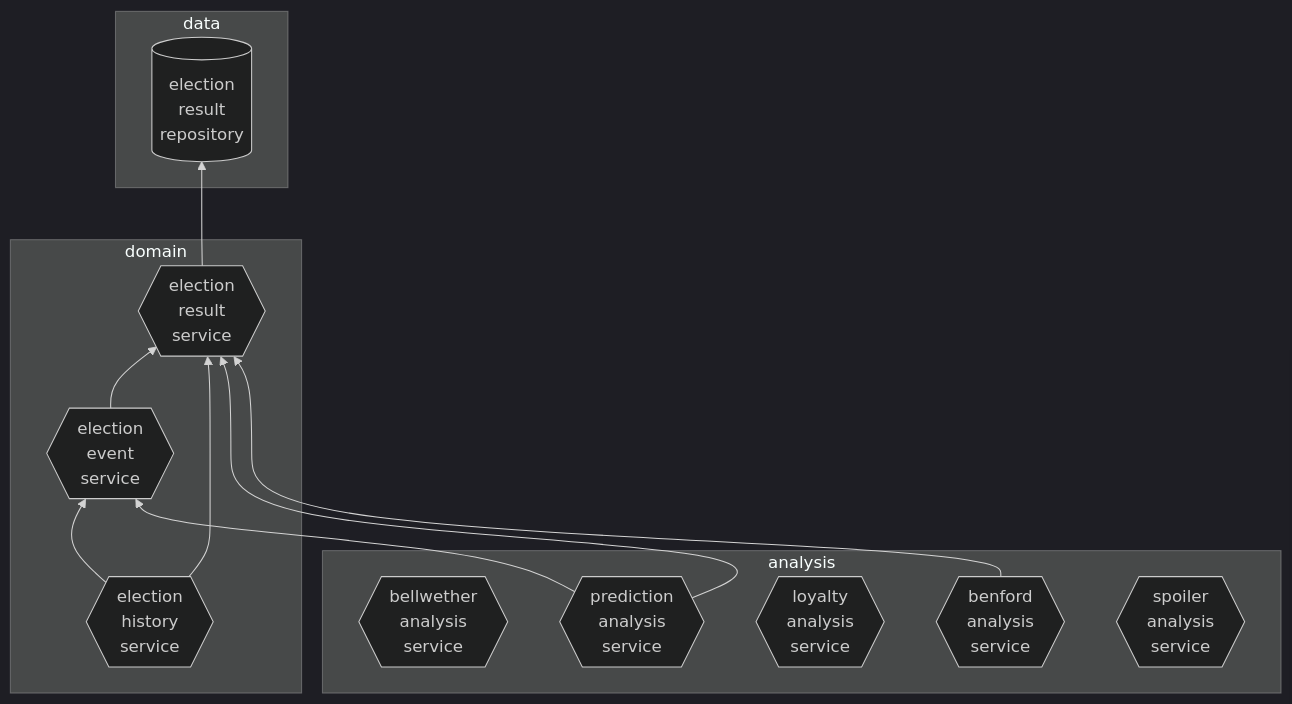
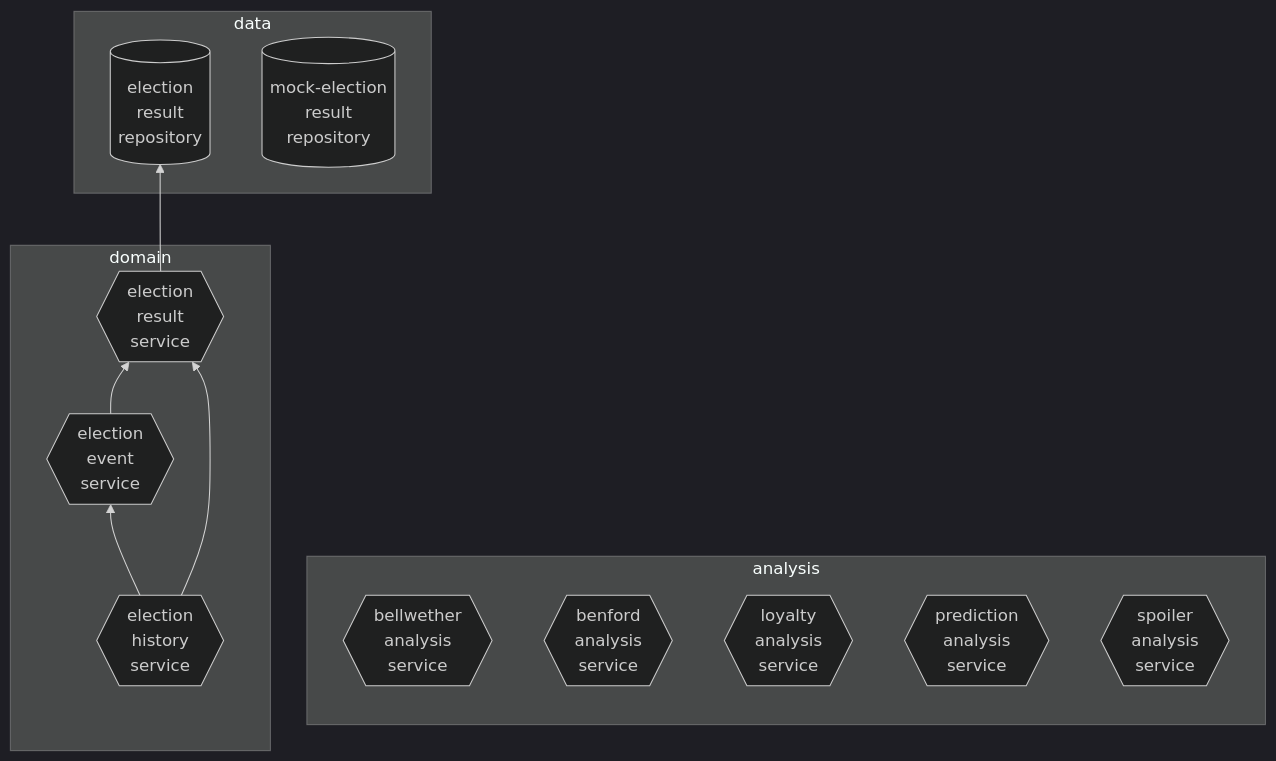
The diagram in docs/arch/input/flow_chart.mmd (DrewStern/election-analysis), drawn with Mermaid (dark theme) before and after one commit. The commit also changed 2 other files, not shown here.

Commit message:
more updates to mmd arch docs; uncommenting some code related to dependency injection implementation

````diff
--- a/docs/arch/input/flow_chart.mmd
+++ b/docs/arch/input/flow_chart.mmd
@@ -1,31 +1,27 @@
 ```mermaid
 graph BT
 
-    subgraph data
-    ERR[(election<br>result<br>repository)]
-    end
-
-    subgraph domain
-    ERS{{election<br>result<br>service}}
-    EES{{election<br>event<br>service}}
-    EHS{{election<br>history<br>service}}
-    end
-
-    subgraph analysis
+    subgraph analysis [analysis]
     BWAS{{bellwether<br>analysis<br>service}}
     BAS{{benford<br>analysis<br>service}}
     LAS{{loyalty<br>analysis<br>service}}
     PAS{{prediction<br>analysis<br>service}}
     SAS{{spoiler<br>analysis<br>service}}
     end
 
+    subgraph domain [domain]
+    ERS{{election<br>result<br>service}}
+    EES{{election<br>event<br>service}}
+    EHS{{election<br>history<br>service}}
+    end
+
+    subgraph data [data]
+    ERR[(election<br>result<br>repository)]
+    MERR[(mock-election<br>result<br>repository)]
+    end
+
     ERS --> ERR
     EES --> ERS
     EHS --> EES
     EHS --> ERS
-
-
-    PAS --> ERS
-    PAS --> EES
-    BAS --> ERS
 ```
````
